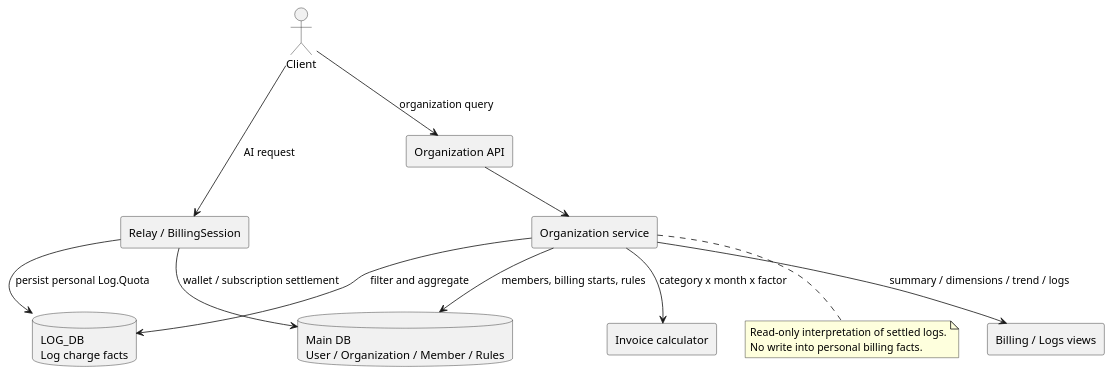
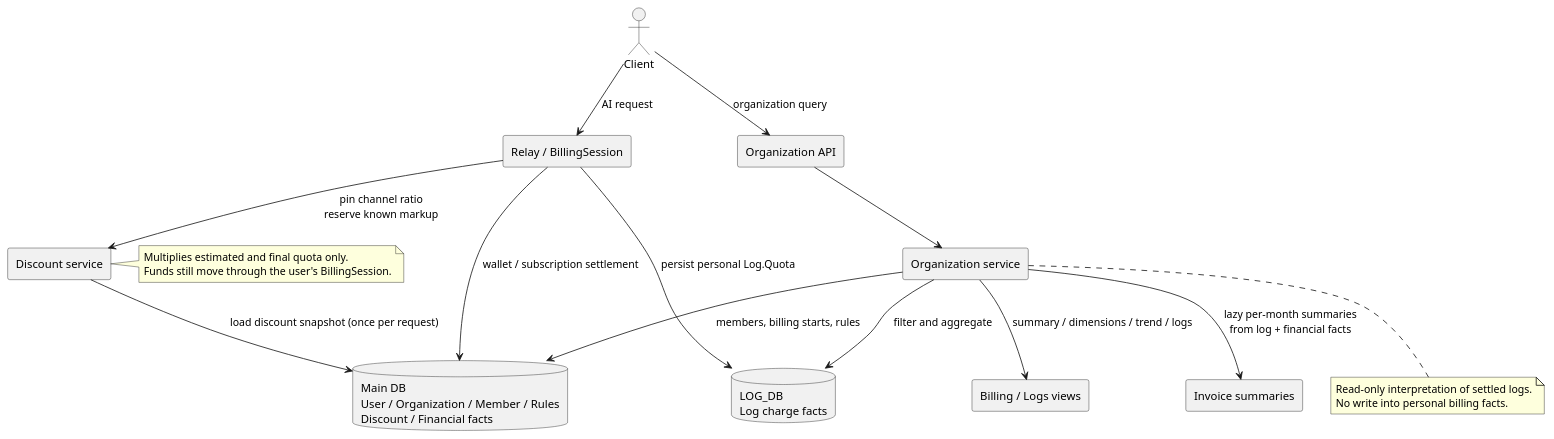
One commit to eLightCloud/token-gateway changed the first of 2 diagrams in docs/20-architecture/组织与组织账单架构设计.md. Above: the diagram before and after it, drawn with PlantUML. The commit also changed other lines of this file and 9 other files, not shown here.

First line of the commit message:
feat(docs): add optimization plans for Invoice account reconciliation and channel multiplier limits

````diff
--- a/docs/20-architecture/组织与组织账单架构设计.md
+++ b/docs/20-architecture/组织与组织账单架构设计.md
@@ -20,30 +22,37 @@
 ```plantuml
 @startuml
 skinparam componentStyle rectangle
 
 actor Client
 component "Relay / BillingSession" as Billing
 component "Organization API" as OrgAPI
 component "Organization service" as OrgService
-database "Main DB\nUser / Organization / Member / Rules" as MainDB
+component "Discount service" as Discount
+database "Main DB\nUser / Organization / Member / Rules\nDiscount / Financial facts" as MainDB
 database "LOG_DB\nLog charge facts" as LogDB
 component "Billing / Logs views" as Views
-component "Invoice calculator" as Invoice
+component "Invoice summaries" as Invoice
 
 Client --> Billing : AI request
+Discount --> MainDB : load discount snapshot (once per request)
+Billing --> Discount : pin channel ratio\nreserve known markup
 Billing --> MainDB : wallet / subscription settlement
 Billing --> LogDB : persist personal Log.Quota
 
 Client --> OrgAPI : organization query
 OrgAPI --> OrgService
 OrgService --> MainDB : members, billing starts, rules
 OrgService --> LogDB : filter and aggregate
 OrgService --> Views : summary / dimensions / trend / logs
-OrgService --> Invoice : category x month x factor
+OrgService --> Invoice : lazy per-month summaries\nfrom log + financial facts
 
 note bottom of OrgService
 Read-only interpretation of settled logs.
 No write into personal billing facts.
 end note
+note right of Discount
+Multiplies estimated and final quota only.
+Funds still move through the user's BillingSession.
+end note
 @enduml
 ```
````
